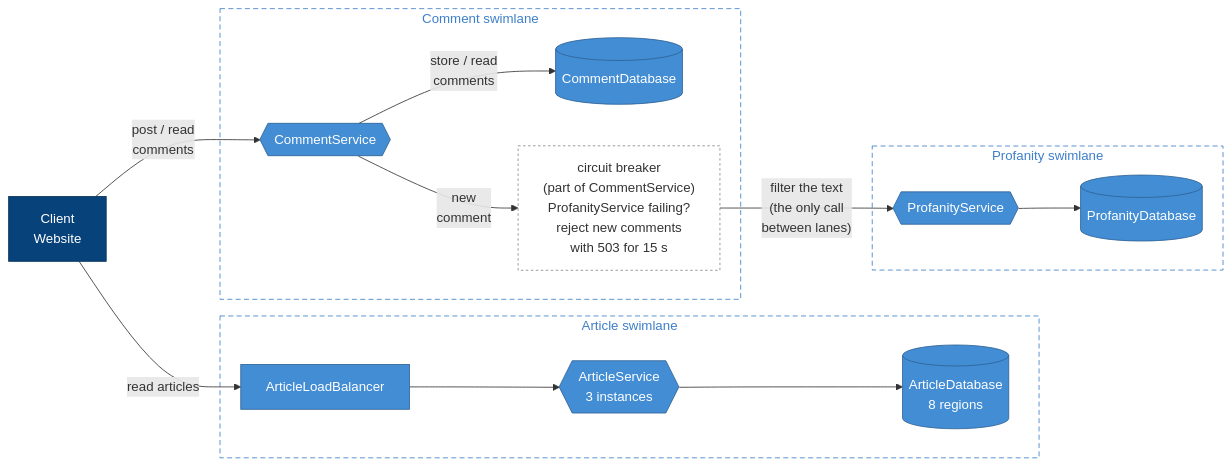
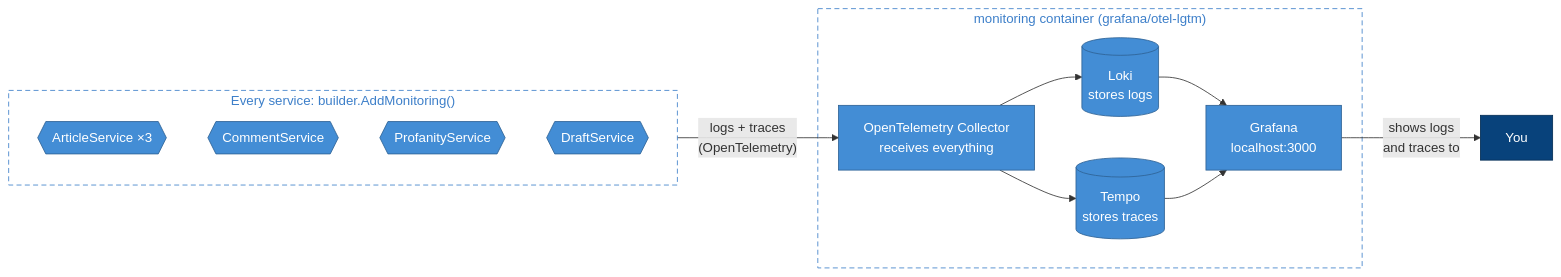
One commit to ChristianVistiLyth/happy-headlines changed the diagram in week-38/README.md. Above: the diagram before and after it, drawn with Mermaid. The commit also changed other lines of this file, not shown here.

Commit message:
Week 38: README with logging policy and monitoring diagram

````diff
--- a/week-38/README.md
+++ b/week-38/README.md
@@ -11,39 +10,31 @@
 ```mermaid
 flowchart LR
-    client["Client<br/>Website"]
-
-    subgraph articleLane["Article swimlane"]
-        articleLb["ArticleLoadBalancer"]
-        articleService{{"ArticleService<br/>3 instances"}}
-        articleDb[("ArticleDatabase<br/>8 regions")]
-        articleLb --> articleService --> articleDb
+    subgraph services["Every service: builder.AddMonitoring()"]
+        direction TB
+        articleService{{"ArticleService ×3"}}
+        commentService{{"CommentService"}}
+        profanityService{{"ProfanityService"}}
+        draftService{{"DraftService"}}
     end
 
-    subgraph commentLane["Comment swimlane"]
-        commentService{{"CommentService"}}
-        commentDb[("CommentDatabase")]
-        breaker["circuit breaker<br/>(part of CommentService)<br/>ProfanityService failing?<br/>reject new comments<br/>with 503 for 15 s"]
-        commentService -- "store / read<br/>comments" --> commentDb
-        commentService -- "new<br/>comment" --> breaker
+    subgraph monitoring["monitoring container (grafana/otel-lgtm)"]
+        collector["OpenTelemetry Collector<br/>receives everything"]
+        loki[("Loki<br/>stores logs")]
+        tempo[("Tempo<br/>stores traces")]
+        grafana["Grafana<br/>localhost:3000"]
+        collector --> loki & tempo
+        loki & tempo --> grafana
     end
 
-    subgraph profanityLane["Profanity swimlane"]
-        profanityService{{"ProfanityService"}}
-        profanityDb[("ProfanityDatabase")]
-        profanityService --> profanityDb
-    end
+    you["You"]
 
-    client -- "read articles" --> articleLb
-    client -- "post / read<br/>comments" --> commentService
-    breaker -- "filter the text<br/>(the only call<br/>between lanes)" --> profanityService
+    services -- "logs + traces<br/>(OpenTelemetry)" --> collector
+    grafana -- "shows logs<br/>and traces to" --> you
 
-    classDef client fill:#08427b,stroke:#052e56,color:#fff
+    classDef person fill:#08427b,stroke:#052e56,color:#fff
     classDef container fill:#438dd5,stroke:#2e6295,color:#fff
-    classDef note fill:none,stroke:#888,stroke-dasharray:3 3
-    class client client
-    class articleLb,articleService,articleDb,commentService,commentDb,profanityService,profanityDb container
-    class breaker note
-    style articleLane fill:none,stroke:#3d7fc9,stroke-dasharray:6 4,color:#3d7fc9
-    style commentLane fill:none,stroke:#3d7fc9,stroke-dasharray:6 4,color:#3d7fc9
-    style profanityLane fill:none,stroke:#3d7fc9,stroke-dasharray:6 4,color:#3d7fc9
+    class you person
+    class articleService,commentService,profanityService,draftService,collector,loki,tempo,grafana container
+    style services fill:none,stroke:#3d7fc9,stroke-dasharray:6 4,color:#3d7fc9
+    style monitoring fill:none,stroke:#3d7fc9,stroke-dasharray:6 4,color:#3d7fc9
 ```
````
